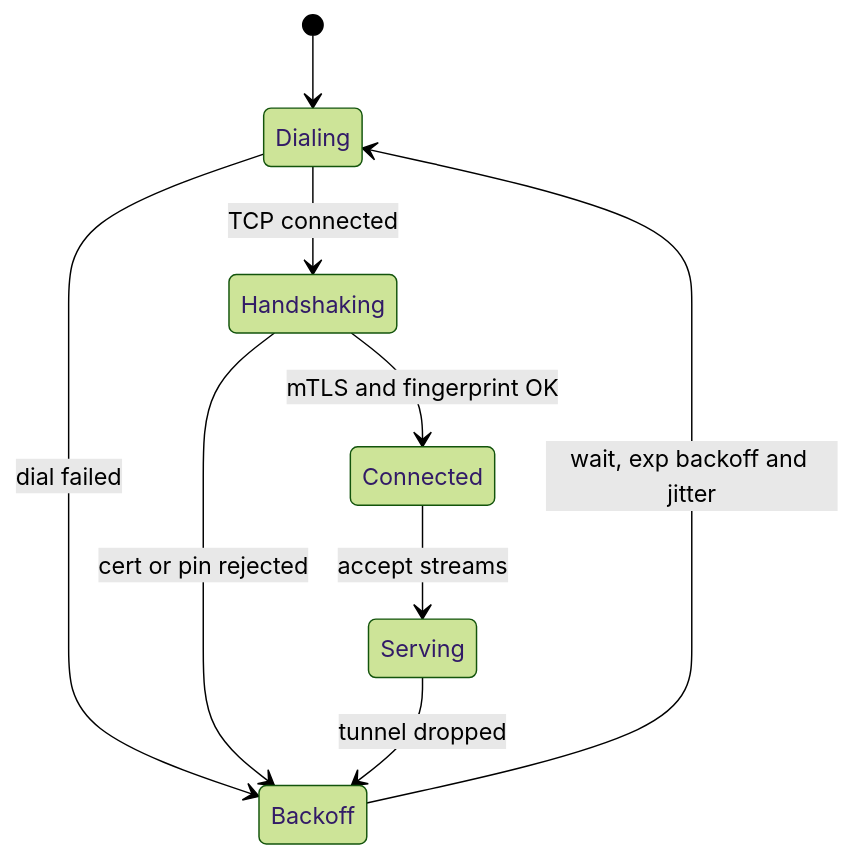
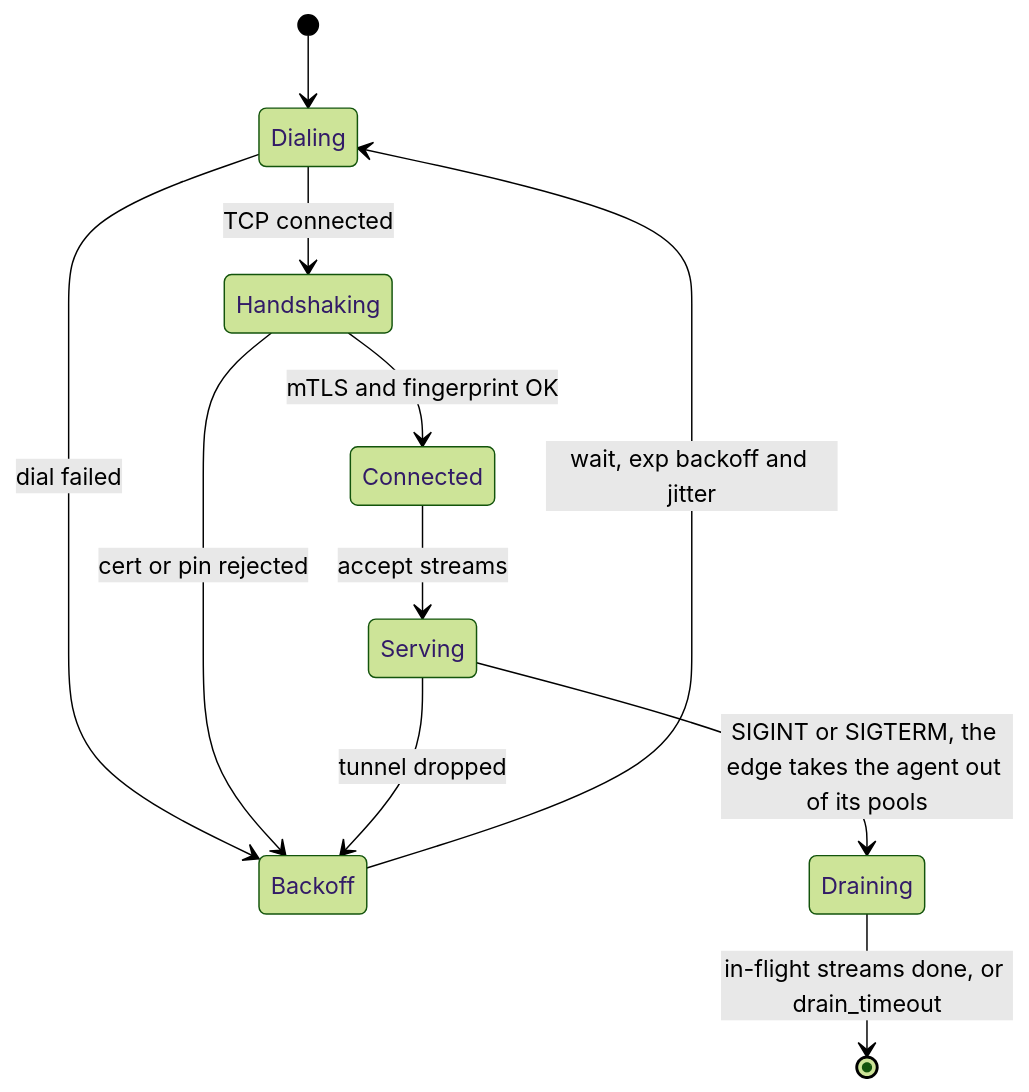
The third of 4 diagrams in README.md (baspeters/coen), drawn with Mermaid (forest theme) before and after one commit. The commit also changed other lines of this file and 38 other files, not shown here.

````diff
--- a/README.md
+++ b/README.md
@@ -163,11 +171,13 @@
 ```mermaid
 stateDiagram-v2
     [*] --> Dialing
     Dialing --> Handshaking: TCP connected
     Dialing --> Backoff: dial failed
     Handshaking --> Connected: mTLS and fingerprint OK
     Handshaking --> Backoff: cert or pin rejected
     Connected --> Serving: accept streams
     Serving --> Backoff: tunnel dropped
+    Serving --> Draining: SIGINT or SIGTERM, the edge takes the agent out of its pools
+    Draining --> [*]: in-flight streams done, or drain_timeout
     Backoff --> Dialing: wait, exp backoff and jitter
 ```
````
